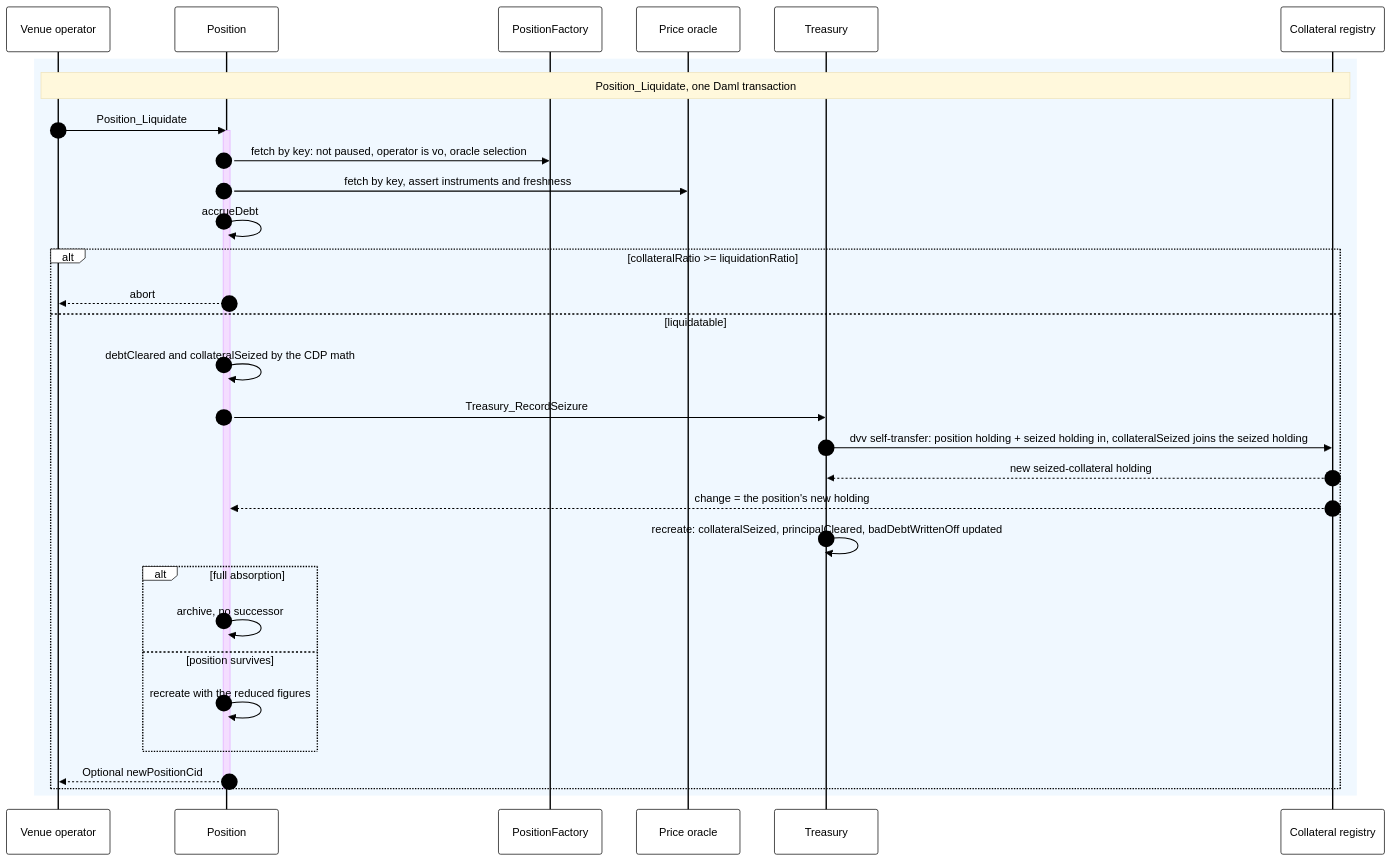
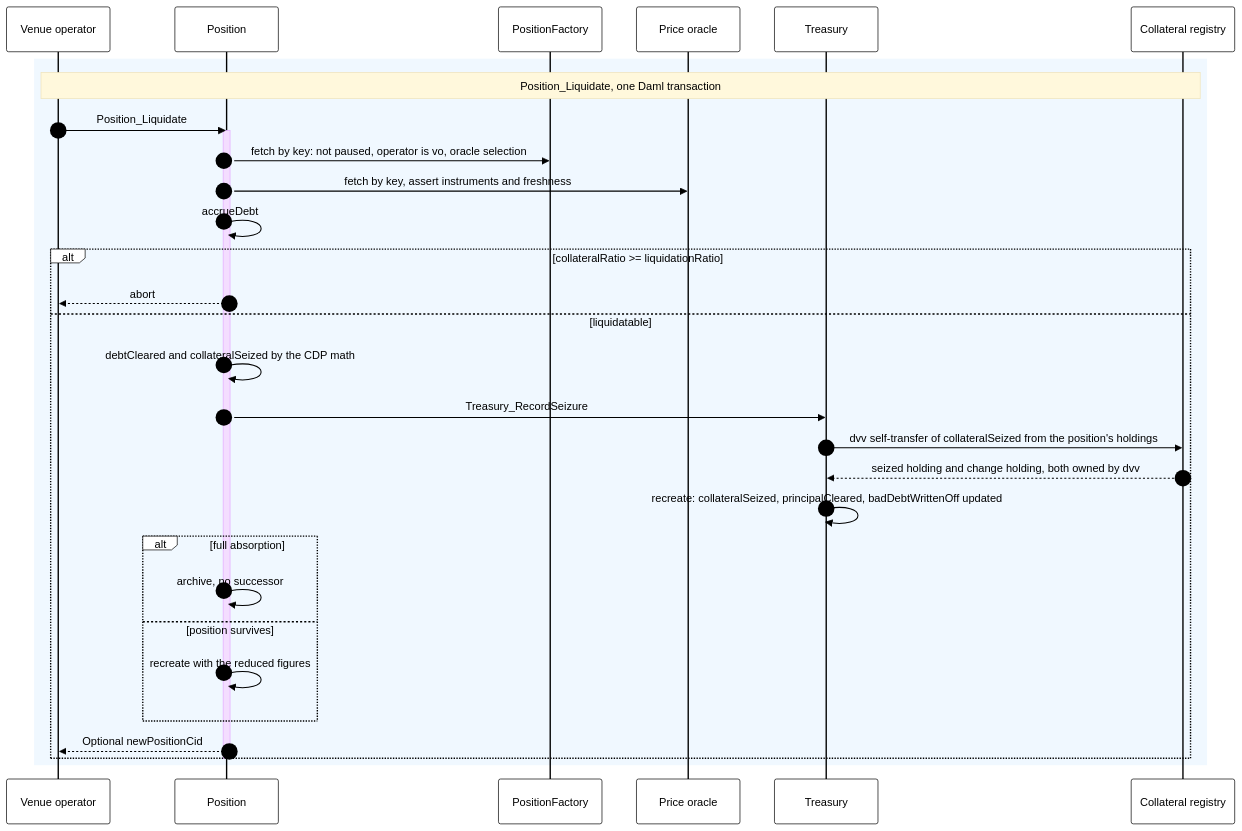
Before and after one commit to OpenZeppelin/canton-specs: the seventh of 7 diagrams in docs/reference-architectures/lending.md, drawn with Mermaid. The commit also changed other lines of this file, not shown here.

````diff
--- a/docs/reference-architectures/lending.md
+++ b/docs/reference-architectures/lending.md
@@ -348,37 +361,36 @@
 ```mermaid
 %%{init: {'theme': 'base', 'themeVariables': {'actorBkg': '#ffffff', 'actorBorder': '#000000', 'actorTextColor': '#000000', 'signalColor': '#000000', 'signalTextColor': '#000000', 'noteBkgColor': '#fff8dc', 'noteTextColor': '#000000', 'labelBoxBkgColor': '#ffffff', 'labelBoxBorderColor': '#000000', 'labelTextColor': '#000000', 'loopTextColor': '#000000', 'sequenceNumberColor': '#000000', 'altBorderColor': '#000000', 'textColor': '#000000'}}}%%
 sequenceDiagram
     autonumber
     participant V as Venue operator
     participant P as Position
     participant F as PositionFactory
     participant O as Price oracle
     participant T as Treasury
     participant RC as Collateral registry
 
     rect rgb(240, 248, 255)
     Note over V, RC: Position_Liquidate, one Daml transaction
     V->>P: Position_Liquidate
     activate P
     P->>F: fetch by key: not paused, operator is vo, oracle selection
     P->>O: fetch by key, assert instruments and freshness
     P->>P: accrueDebt
     alt collateralRatio >= liquidationRatio
         P-->>V: abort
     else liquidatable
         P->>P: debtCleared and collateralSeized by the CDP math
         P->>T: Treasury_RecordSeizure
-        T->>RC: dvv self-transfer: position holding + seized holding in, collateralSeized joins the seized holding
-        RC-->>T: new seized-collateral holding
-        RC-->>P: change = the position's new holding
+        T->>RC: dvv self-transfer of collateralSeized from the position's holdings
+        RC-->>T: seized holding and change holding, both owned by dvv
         T->>T: recreate: collateralSeized, principalCleared, badDebtWrittenOff updated
         alt full absorption
             P->>P: archive, no successor
         else position survives
             P->>P: recreate with the reduced figures
         end
         P-->>V: Optional newPositionCid
     end
     deactivate P
     end
 ```
````
